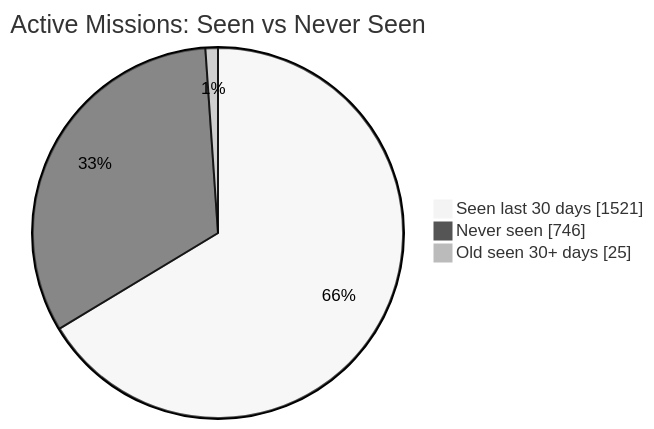
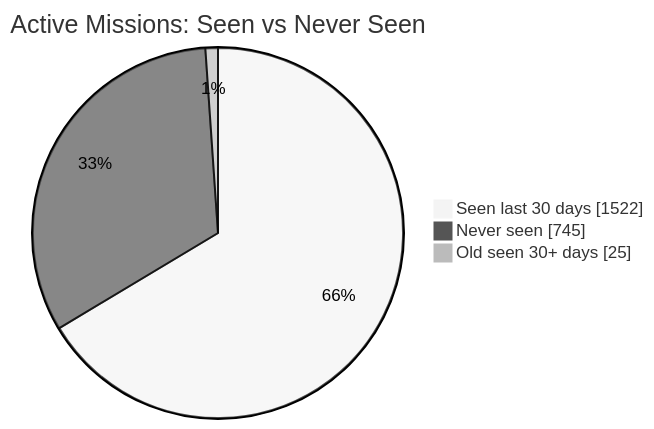
One commit to MeldkamerspelGameTeam/active-missions changed the first of 2 diagrams in README.md. Above: the diagram before and after it, drawn with Mermaid (neutral theme). The commit also changed other lines of this file and 2 other files, not shown here.

````diff
--- a/README.md
+++ b/README.md
@@ -34,7 +34,7 @@
 ```mermaid
 pie showData
     title Active Missions: Seen vs Never Seen
-    "Seen last 30 days" : 1521
-    "Never seen" : 746
+    "Seen last 30 days" : 1522
+    "Never seen" : 745
     "Old seen 30+ days" : 25
 ```
````
